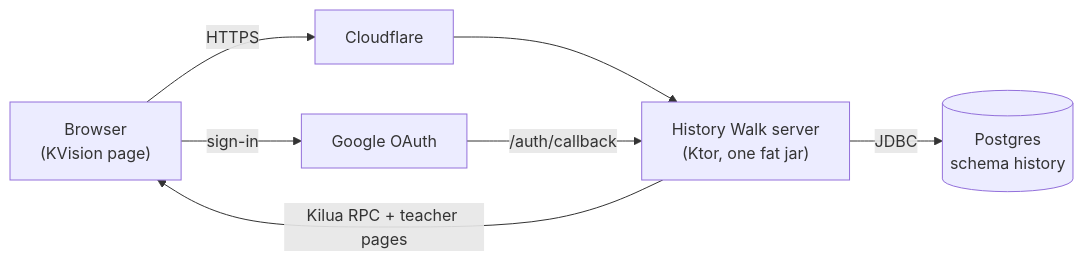
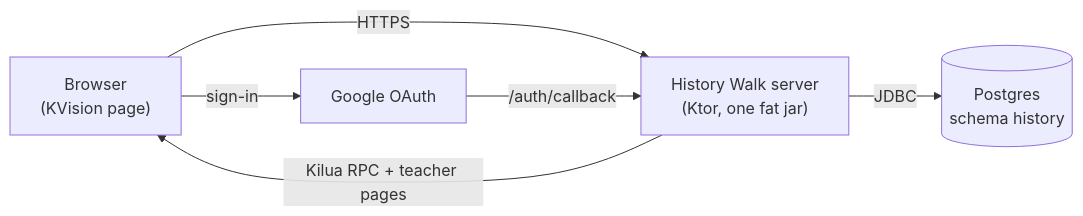
The diagram in website/history-walk/docs/admins/index.md (pambrose/history-walk), drawn with Mermaid before and after one commit. The commit also changed other lines of this file and 8 other files, not shown here.

````diff
--- a/website/history-walk/docs/admins/index.md
+++ b/website/history-walk/docs/admins/index.md
@@ -16,9 +16,8 @@
 ```mermaid
 flowchart LR
-  browser["Browser<br/>(KVision page)"] -- "HTTPS" --> cf["Cloudflare"]
-  cf --> app["History Walk server<br/>(Ktor, one fat jar)"]
+  browser["Browser<br/>(KVision page)"] -- "HTTPS" --> app["History Walk server<br/>(Ktor, one fat jar)"]
   app -- "Kilua RPC + teacher pages" --> browser
   app -- "JDBC" --> db[("Postgres<br/>schema history")]
   browser -- "sign-in" --> google["Google OAuth"]
   google -- "/auth/callback" --> app
 ```
````
